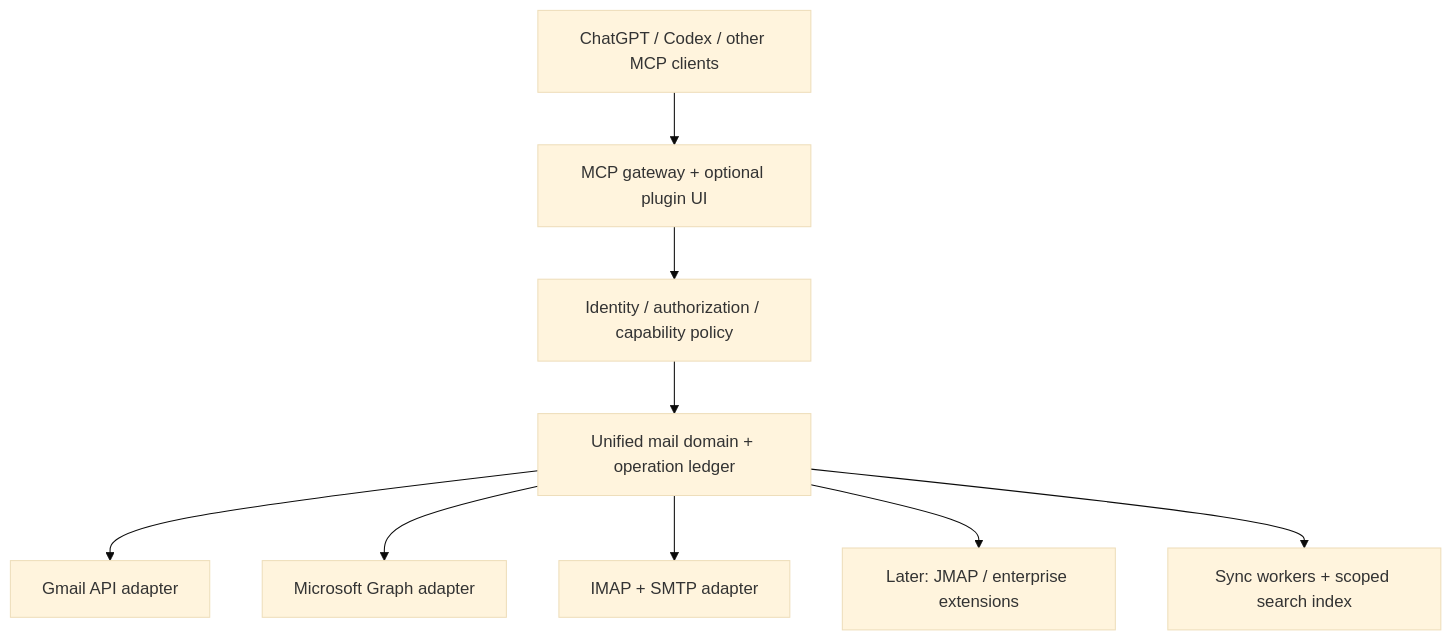
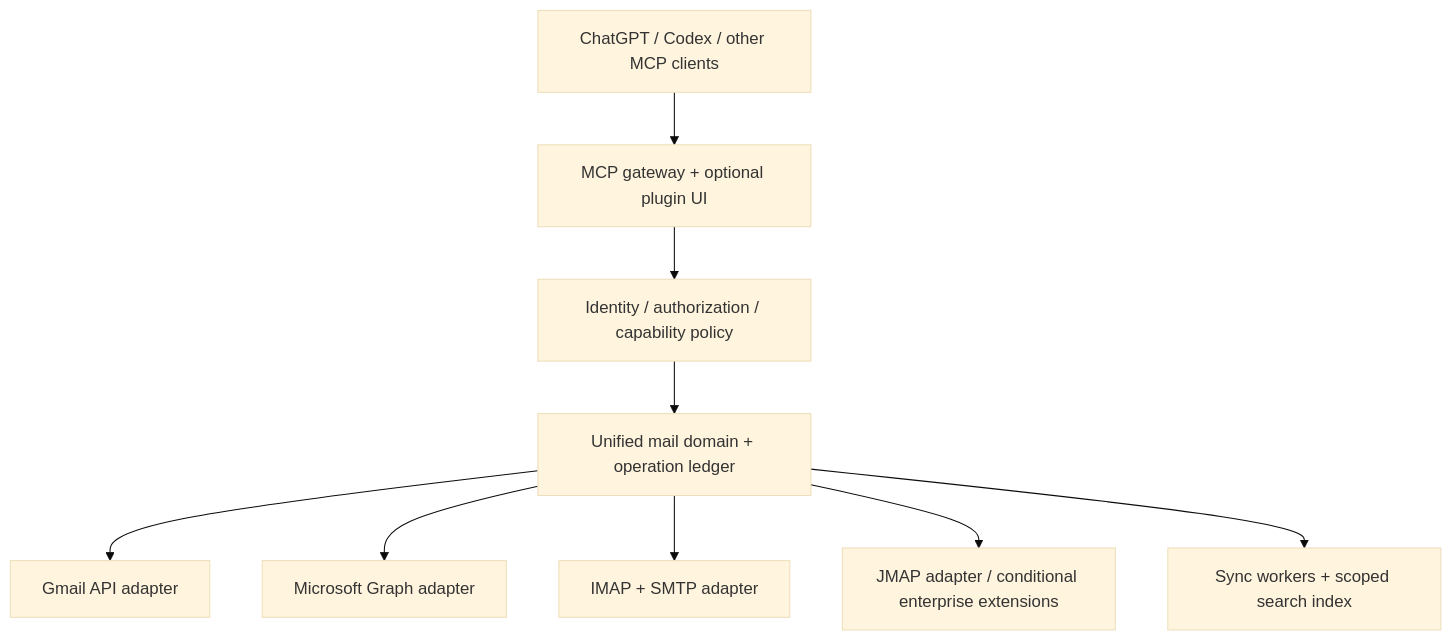
The diagram in README.md (pythc/anymail-connect), drawn with Mermaid (base theme) before and after one commit. The commit also changed other lines of this file and 31 other files, not shown here.

````diff
--- a/README.md
+++ b/README.md
@@ -27,11 +29,11 @@
 ```mermaid
 flowchart TD
     A[ChatGPT / Codex / other MCP clients] --> B[MCP gateway + optional plugin UI]
     B --> C[Identity / authorization / capability policy]
     C --> D[Unified mail domain + operation ledger]
     D --> G[Gmail API adapter]
     D --> M[Microsoft Graph adapter]
     D --> I[IMAP + SMTP adapter]
-    D --> J[Later: JMAP / enterprise extensions]
+    D --> J[JMAP adapter / conditional enterprise extensions]
     D --> S[Sync workers + scoped search index]
 ```
````
